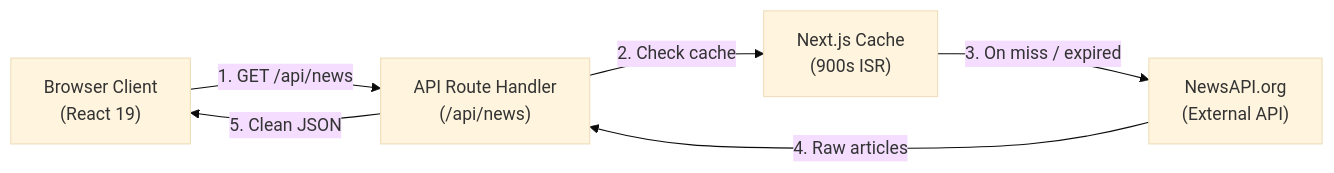
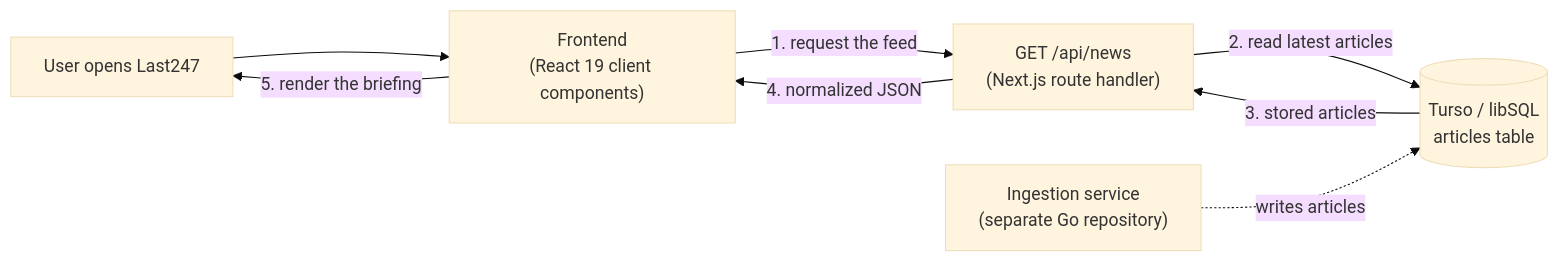
Before and after one commit to nayaksomkar/Last247: the diagram in README.md, drawn with Mermaid (base theme). The commit also changed other lines of this file and 25 other files, not shown here.

````diff
--- a/README.md
+++ b/README.md
@@ -29,13 +105,16 @@
 ```mermaid
 flowchart LR
-    Client["Browser Client\n(React 19)"]
-    API["API Route Handler\n(/api/news)"]
-    Cache["Next.js Cache\n(900s ISR)"]
-    NewsAPI["NewsAPI.org\n(External API)"]
+    User["User opens Last247"]
+    UI["Frontend<br/>(React 19 client components)"]
+    API["GET /api/news<br/>(Next.js route handler)"]
+    DB[("Turso / libSQL<br/>articles table")]
+    Ingest["Ingestion service<br/>(separate Go repository)"]
 
-    Client -->|1. GET /api/news| API
-    API -->|2. Check cache| Cache
-    Cache -->|3. On miss / expired| NewsAPI
-    NewsAPI -->|4. Raw articles| API
-    API -->|5. Clean JSON| Client
+    User --> UI
+    UI -->|1. request the feed| API
+    API -->|2. read latest articles| DB
+    DB -->|3. stored articles| API
+    API -->|4. normalized JSON| UI
+    UI -->|5. render the briefing| User
+    Ingest -.->|writes articles| DB
 ```
````
